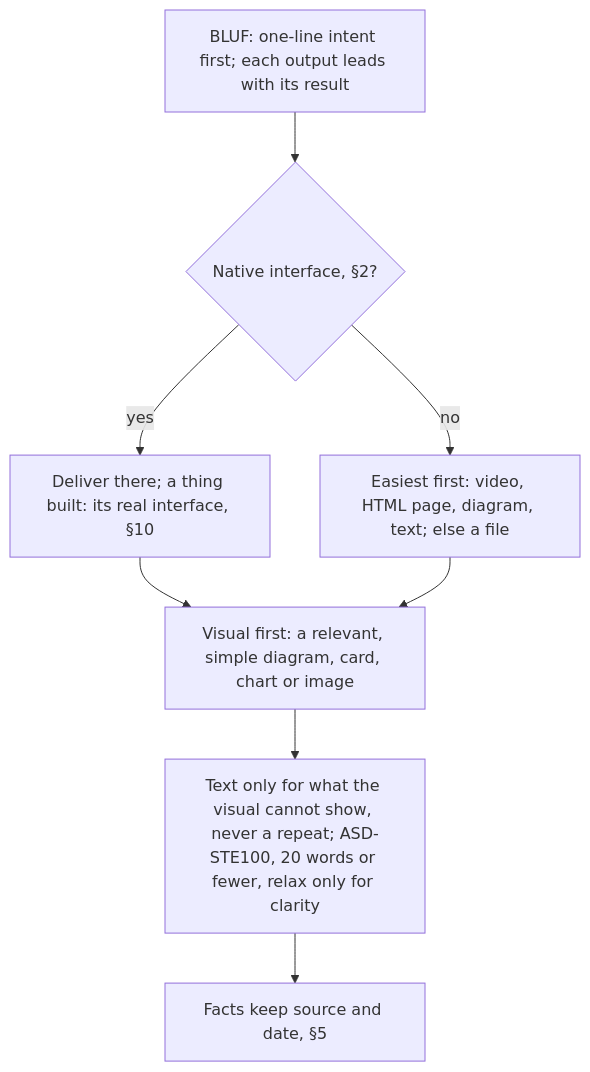
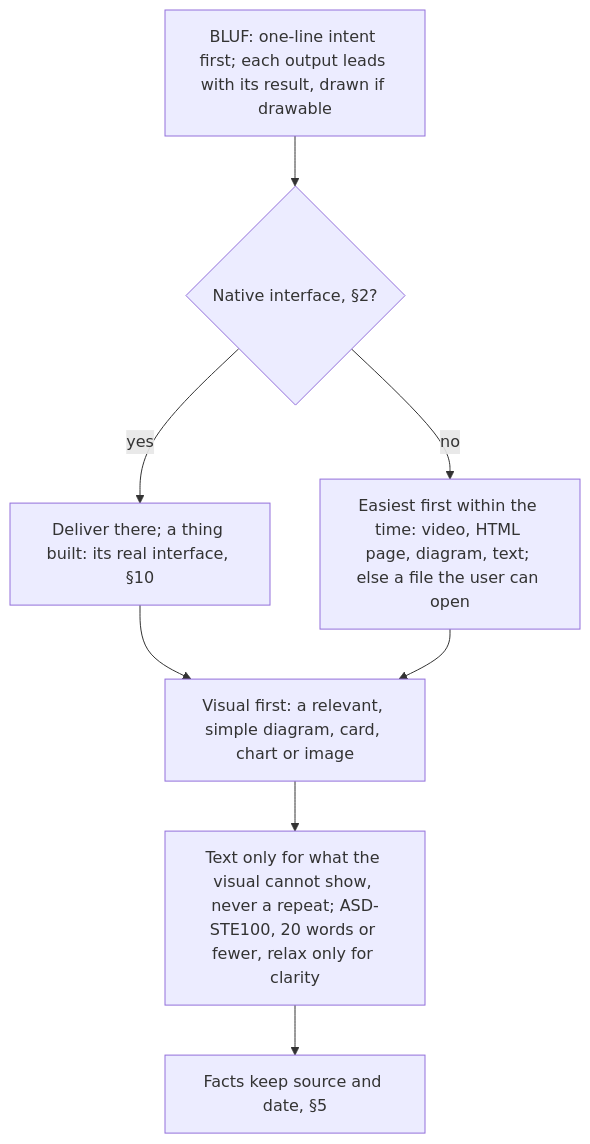
Before and after one commit to SolenixAI/arbiter: diagram 12 of 14 in AGENTS.md, drawn with Mermaid. The commit also changed other lines of this file, not shown here.

````diff
--- a/AGENTS.md
+++ b/AGENTS.md
@@ -485,10 +485,10 @@
 ```mermaid
 flowchart TD
-  IL["BLUF: one-line intent first; each output leads with its result"] --> N{Native interface, §2?}
+  IL["BLUF: one-line intent first; each output leads with its result, drawn if drawable"] --> N{Native interface, §2?}
   N -->|yes| V["Deliver there; a thing built: its real interface, §10"]
-  N -->|no| F["Easiest first: video, HTML page, diagram, text; else a file"]
+  N -->|no| F["Easiest first within the time: video, HTML page, diagram, text; else a file the user can open"]
   V --> VF["Visual first: a relevant, simple diagram, card, chart or image"]
   F --> VF
   VF --> T["Text only for what the visual cannot show, never a repeat; ASD-STE100, 20 words or fewer, relax only for clarity"]
   T --> E["Facts keep source and date, §5"]
 ```
````
